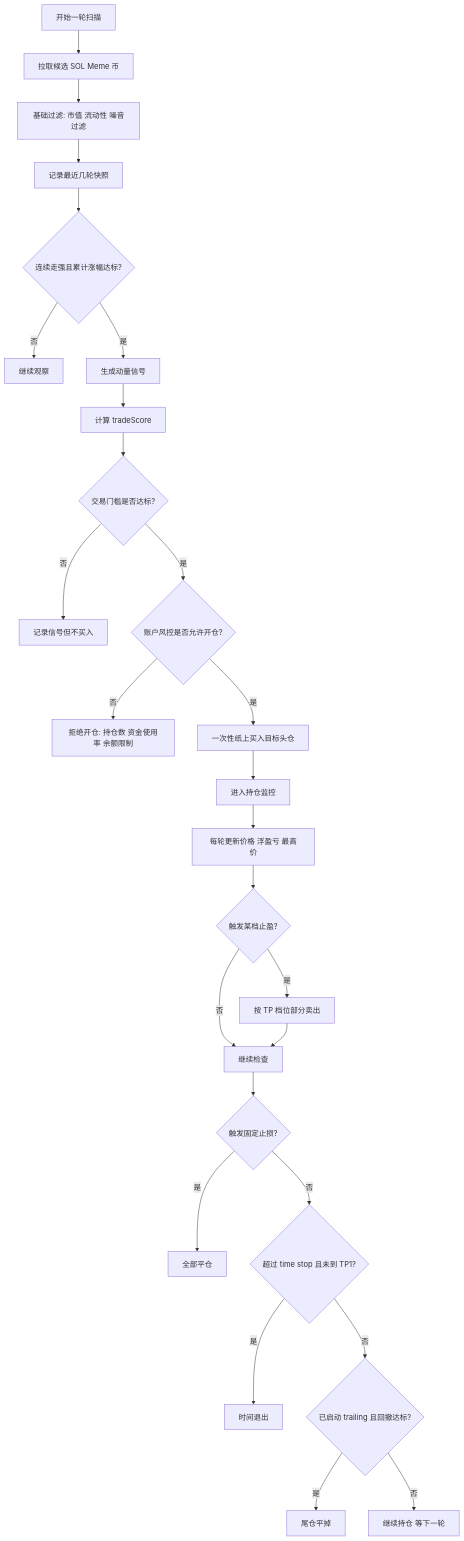
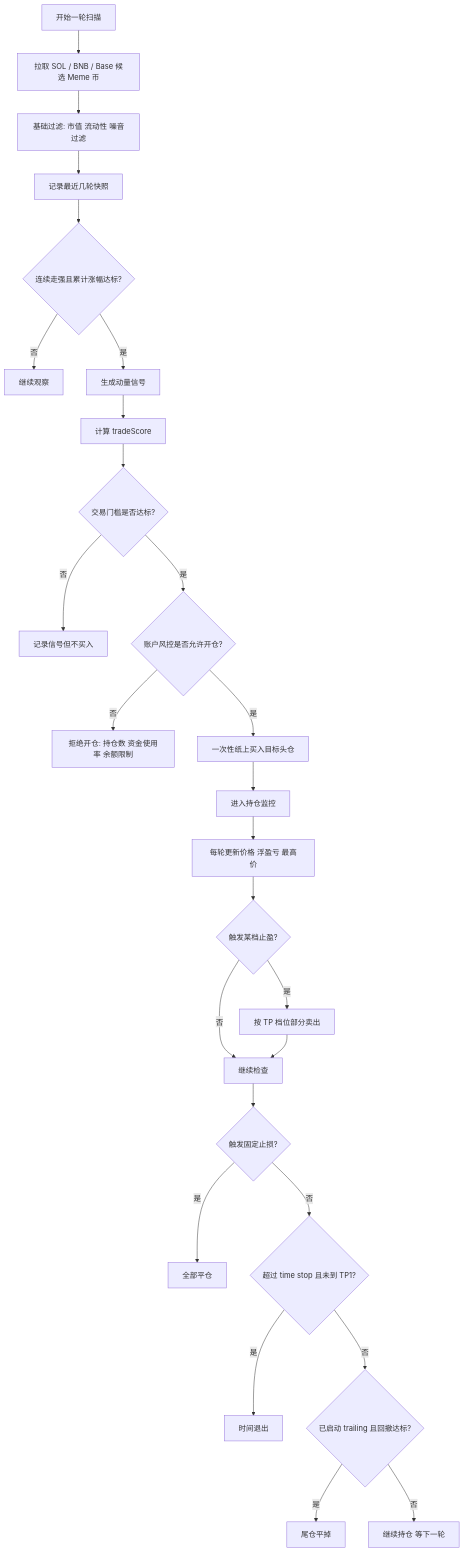
One commit to 0xSnickers/sol-meme-autoswap changed the diagram in README.md. Above: the diagram before and after it, drawn with Mermaid. The commit also changed other lines of this file and 42 other files, not shown here.

````diff
--- a/README.md
+++ b/README.md
@@ -239,35 +243,35 @@
 ```mermaid
 flowchart TD
-    A[开始一轮扫描] --> B[拉取候选 SOL Meme 币]
+    A[开始一轮扫描] --> B[拉取 SOL / BNB / Base 候选 Meme 币]
     B --> C[基础过滤: 市值 流动性 噪音过滤]
     C --> D[记录最近几轮快照]
     D --> E{连续走强且累计涨幅达标?}
 
     E -- 否 --> E1[继续观察]
     E -- 是 --> F[生成动量信号]
     F --> G[计算 tradeScore]
     G --> H{交易门槛是否达标?}
 
     H -- 否 --> H1[记录信号但不买入]
     H -- 是 --> I{账户风控是否允许开仓?}
 
     I -- 否 --> I1[拒绝开仓: 持仓数 资金使用率 余额限制]
     I -- 是 --> J[一次性纸上买入目标头仓]
 
     J --> K[进入持仓监控]
     K --> L[每轮更新价格 浮盈亏 最高价]
     L --> M{触发某档止盈?}
 
     M -- 是 --> M1[按 TP 档位部分卖出]
     M -- 否 --> N[继续检查]
     M1 --> N
 
     N --> O{触发固定止损?}
     O -- 是 --> O1[全部平仓]
     O -- 否 --> P{超过 time stop 且未到 TP1?}
 
     P -- 是 --> P1[时间退出]
     P -- 否 --> Q{已启动 trailing 且回撤达标?}
     Q -- 是 --> Q1[尾仓平掉]
     Q -- 否 --> R[继续持仓 等下一轮]
 ```
````
